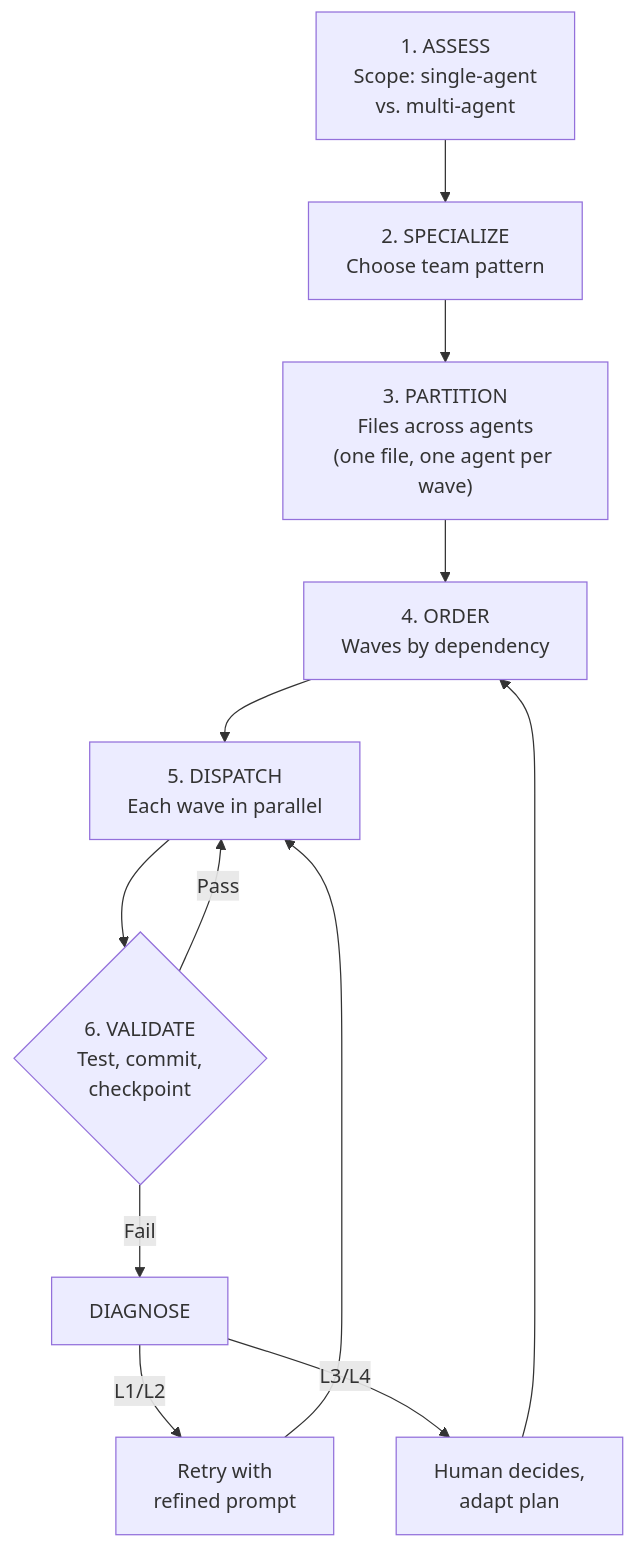
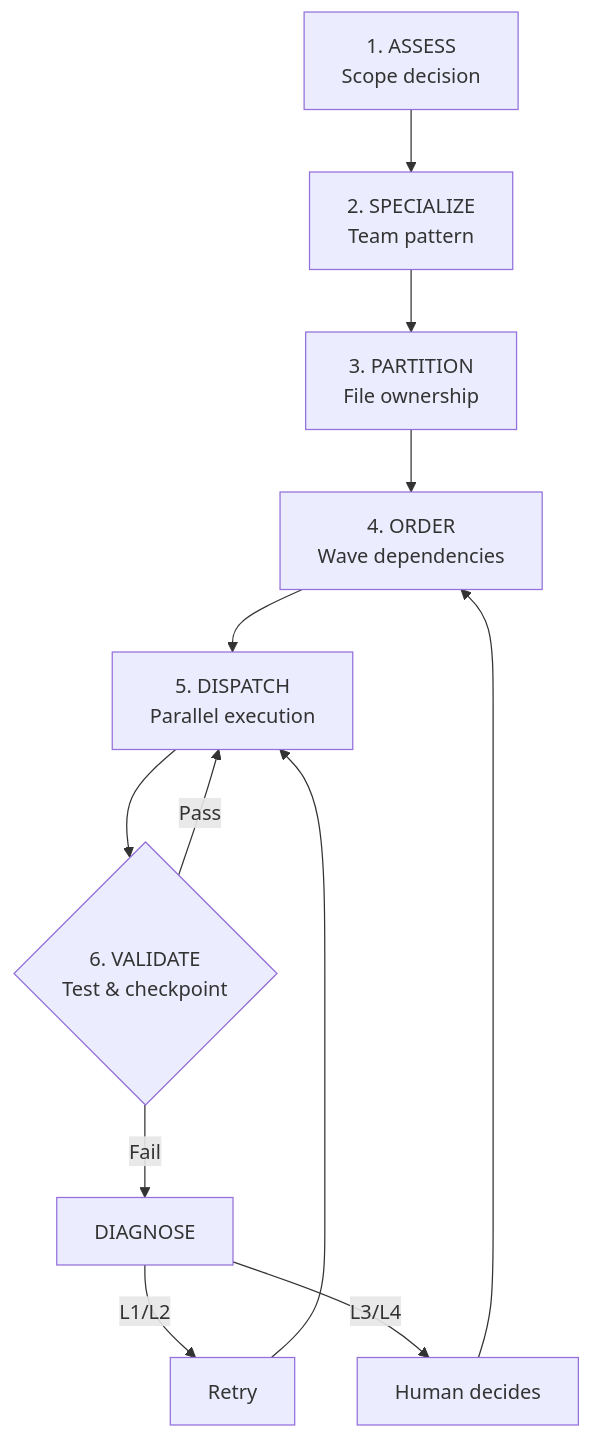
The seventh of 7 diagrams in handbook/ch12-multi-agent-orchestration.qmd (danielmeppiel/agentic-sdlc-handbook), drawn with Mermaid before and after one commit. The commit also changed other lines of this file and 16 other files, not shown here.

First line of the commit message:
fix: aggressive fig-width capping — RCA-driven mermaid rendering overhaul

````diff
--- a/handbook/ch12-multi-agent-orchestration.qmd
+++ b/handbook/ch12-multi-agent-orchestration.qmd
@@ -432,15 +432,15 @@
 ```{mermaid}
-%%| fig-width: 5.5
+%%| fig-width: 4.5
 flowchart TD
-    A1["1. ASSESS<br/>Scope: single-agent<br/>vs. multi-agent"] --> A2["2. SPECIALIZE<br/>Choose team pattern"]
-    A2 --> A3["3. PARTITION<br/>Files across agents<br/>(one file, one agent per wave)"]
-    A3 --> A4["4. ORDER<br/>Waves by dependency"]
-    A4 --> A5["5. DISPATCH<br/>Each wave in parallel"]
-    A5 --> A6{"6. VALIDATE<br/>Test, commit,<br/>checkpoint"}
+    A1["1. ASSESS<br/>Scope decision"] --> A2["2. SPECIALIZE<br/>Team pattern"]
+    A2 --> A3["3. PARTITION<br/>File ownership"]
+    A3 --> A4["4. ORDER<br/>Wave dependencies"]
+    A4 --> A5["5. DISPATCH<br/>Parallel execution"]
+    A5 --> A6{"6. VALIDATE<br/>Test & checkpoint"}
     A6 -->|"Pass"| A5
     A6 -->|"Fail"| DX["DIAGNOSE"]
-    DX -->|"L1/L2"| RETRY["Retry with<br/>refined prompt"]
-    DX -->|"L3/L4"| HUMAN["Human decides,<br/>adapt plan"]
+    DX -->|"L1/L2"| RETRY["Retry"]
+    DX -->|"L3/L4"| HUMAN["Human decides"]
     RETRY --> A5
     HUMAN --> A4
 ```
````
